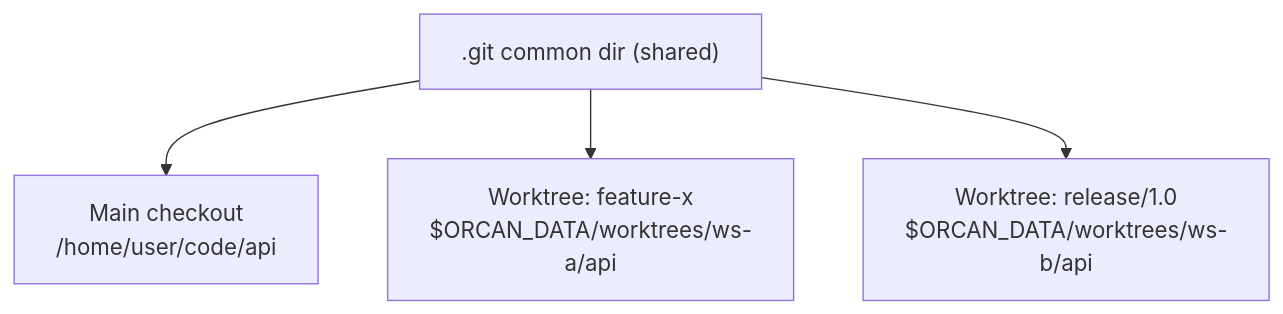
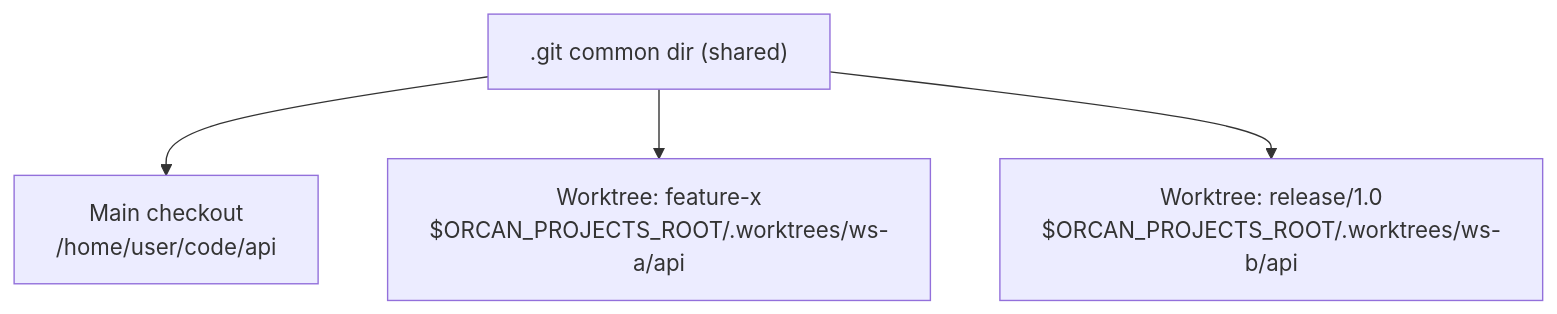
Before and after one commit to aKyther/orcan: the second of 3 diagrams in docs/en/ideas/context-assertions.md, drawn with Mermaid. The commit also changed other lines of this file and 119 other files, not shown here.

````diff
--- a/docs/en/ideas/context-assertions.md
+++ b/docs/en/ideas/context-assertions.md
@@ -57,7 +57,7 @@
 ```mermaid
 flowchart TB
   common[".git common dir (shared)"]
   common --> main["Main checkout\n/home/user/code/api"]
-  common --> wt1["Worktree: feature-x\n$ORCAN_DATA/worktrees/ws-a/api"]
-  common --> wt2["Worktree: release/1.0\n$ORCAN_DATA/worktrees/ws-b/api"]
+  common --> wt1["Worktree: feature-x\n$ORCAN_PROJECTS_ROOT/.worktrees/ws-a/api"]
+  common --> wt2["Worktree: release/1.0\n$ORCAN_PROJECTS_ROOT/.worktrees/ws-b/api"]
 ```
````
